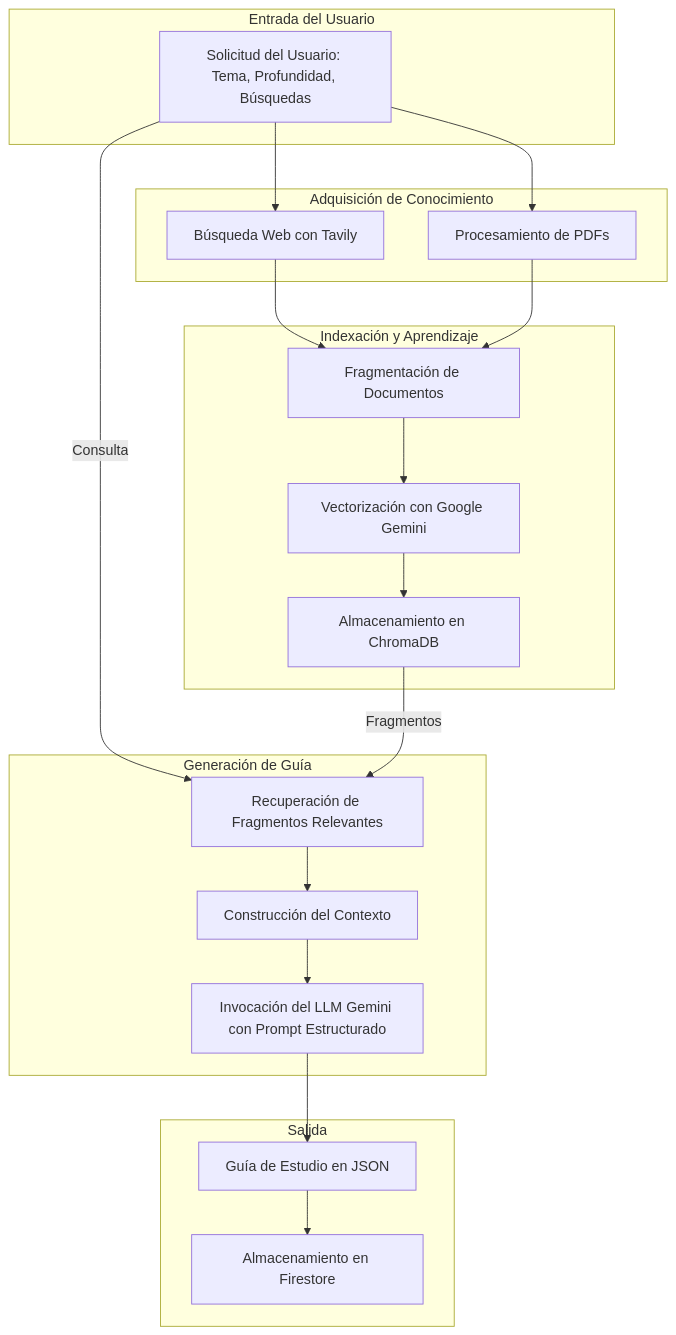
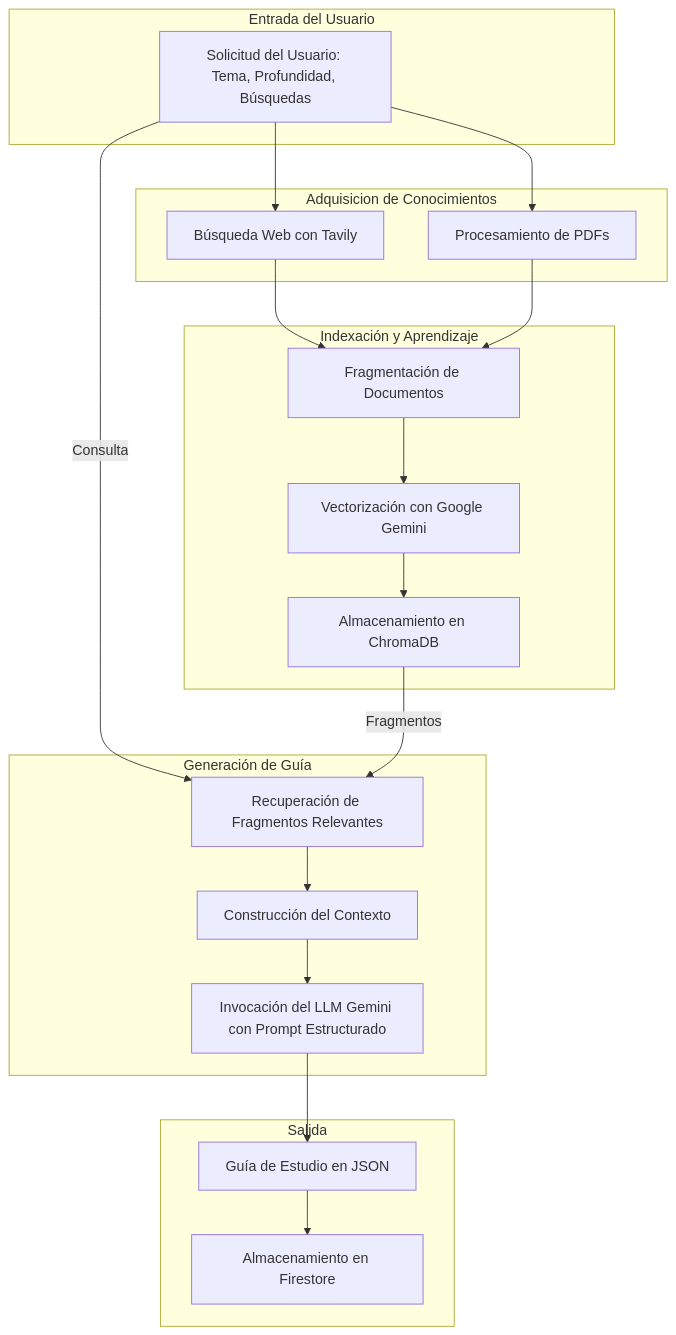
The diagram in backend/README.md (BosaBL/ai-study-planning-agent), drawn with Mermaid before and after one commit.

````diff
--- a/backend/README.md
+++ b/backend/README.md
@@ -27,41 +27,40 @@
 ```mermaid
-graph TD
-    subgraph Entrada del Usuario
-        A[Solicitud del Usuario: Tema, Profundidad, Búsquedas]
-    end
-
-    subgraph Adquisición de Conocimiento
-        B[Búsqueda Web con Tavily]
-        C[Procesamiento de PDFs]
-    end
-
-    subgraph Indexación y Aprendizaje
-        D[Fragmentación de Documentos]
-        E[Vectorización con Google Gemini]
-        F[Almacenamiento en ChromaDB]
-    end
-
-    subgraph Generación de Guía
-        G[Recuperación de Fragmentos Relevantes]
-        H[Construcción del Contexto]
-        I[Invocación del LLM Gemini con Prompt Estructurado]
-    end
-
-    subgraph Salida
-        J[Guía de Estudio en JSON]
-        K[Almacenamiento en Firestore]
-    end
-
-    A --> B
-    A --> C
+---
+config:
+  layout: fixed
+---
+flowchart TD
+ subgraph subGraph0["Entrada del Usuario"]
+        A["Solicitud del Usuario: Tema, Profundidad, Búsquedas"]
+  end
+ subgraph subGraph1["Adquisicion de Conocimientos"]
+        B["Búsqueda Web con Tavily"]
+        C["Procesamiento de PDFs"]
+  end
+ subgraph subGraph2["Indexación y Aprendizaje"]
+        D["Fragmentación de Documentos"]
+        E["Vectorización con Google Gemini"]
+        F["Almacenamiento en ChromaDB"]
+  end
+ subgraph subGraph3["Generación de Guía"]
+        G["Recuperación de Fragmentos Relevantes"]
+        H["Construcción del Contexto"]
+        I["Invocación del LLM Gemini con Prompt Estructurado"]
+  end
+ subgraph Salida["Salida"]
+        J["Guía de Estudio en JSON"]
+        K["Almacenamiento en Firestore"]
+  end
+    A --> B & C
     B --> D
     C --> D
     D --> E
     E --> F
     A -- Consulta --> G
     F -- Fragmentos --> G
     G --> H
     H --> I
     I --> J
     J --> K
+
 ```
````
